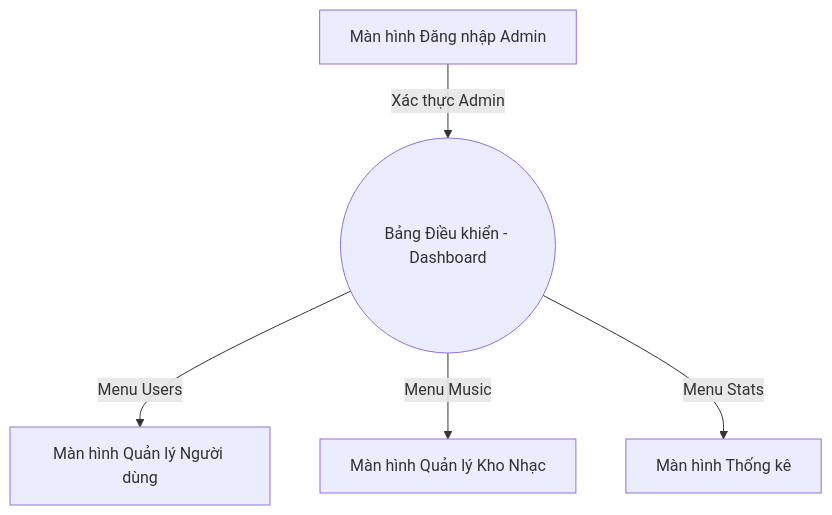
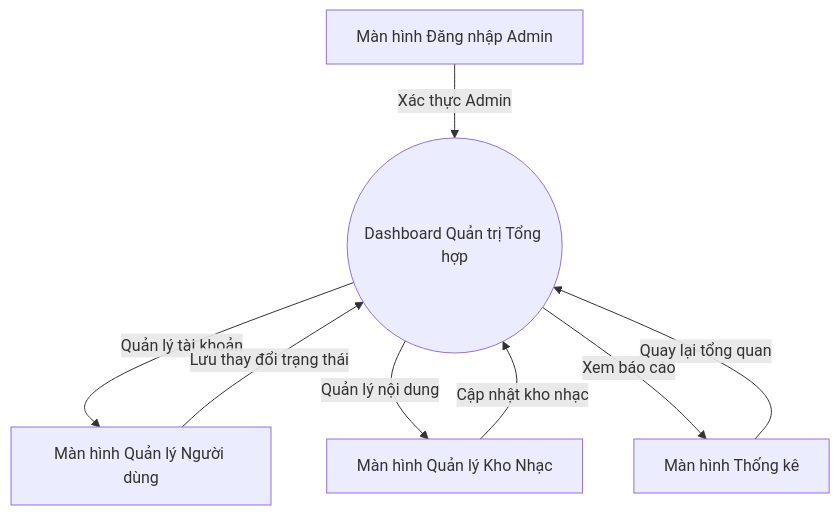
Before and after one commit to NguyenThaiVinh0494/DACNPM_OnlineMusicStreamingWebsite: the fifth of 5 diagrams in Tài Liệu/SRS.md, drawn with Mermaid. The commit also changed other lines of this file and 1 other file, not shown here.

Commit message:
Sửa lại file tài liệu

````diff
--- a/Tài Liệu/SRS.md
+++ b/Tài Liệu/SRS.md
@@ -642,13 +693,16 @@
 ```mermaid
 graph TD
     Login[Màn hình Đăng nhập Admin]
-    Dash((Bảng Điều khiển - Dashboard))
+    Dash((Dashboard Quản trị Tổng hợp))
     ManageUsers[Màn hình Quản lý Người dùng]
     ManageMusic[Màn hình Quản lý Kho Nhạc]
     Stats[Màn hình Thống kê]
 
     Login --> |Xác thực Admin| Dash
-    Dash --> |Menu Users| ManageUsers
-    Dash --> |Menu Music| ManageMusic
-    Dash --> |Menu Stats| Stats
+    Dash --> |Quản lý tài khoản| ManageUsers
+    Dash --> |Quản lý nội dung| ManageMusic
+    Dash --> |Xem báo cáo| Stats
+    ManageUsers --> |Lưu thay đổi trạng thái| Dash
+    ManageMusic --> |Cập nhật kho nhạc| Dash
+    Stats --> |Quay lại tổng quan| Dash
 ```
````
